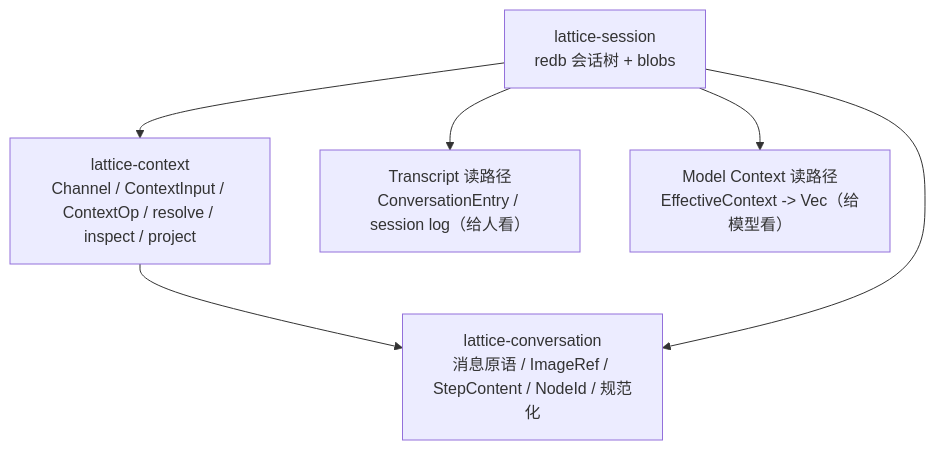
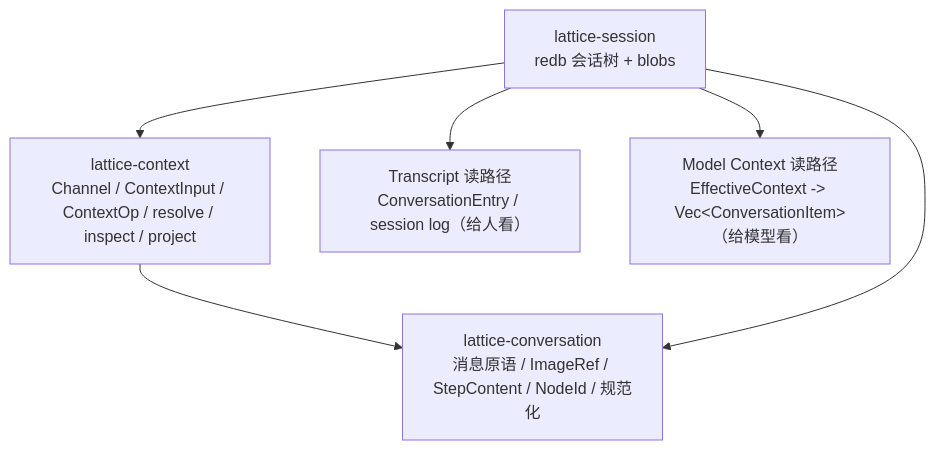
Before and after one commit to Skyline10124/lattice: the diagram in docs/adr/0014-model-context-domain.md, drawn with Mermaid. The commit also changed other lines of this file and 5 other files, not shown here.

````diff
--- a/docs/adr/0014-model-context-domain.md
+++ b/docs/adr/0014-model-context-domain.md
@@ -57,14 +57,14 @@
 ```mermaid
 flowchart TB
-    CONV["lattice-conversation\n消息原语 / ImageRef / StepContent / NodeId / 规范化"]
-    CTX["lattice-context\nChannel / ContextInput / ContextOp / resolve / inspect / project"]
-    SESS["lattice-session\nredb 会话树 + blobs"]
-    TRANS["Transcript 读路径\nConversationEntry / session log（给人看）"]
-    MODEL["Model Context 读路径\nEffectiveContext -> Vec<ConversationItem>（给模型看）"]
+    CONV["lattice-conversation<br/>消息原语 / ImageRef / StepContent / NodeId / 规范化"]
+    CTX["lattice-context<br/>Channel / ContextInput / ContextOp / resolve / inspect / project"]
+    SESS["lattice-session<br/>redb 会话树 + blobs"]
+    TRANS["Transcript 读路径<br/>ConversationEntry / session log（给人看）"]
+    MODEL["Model Context 读路径<br/>EffectiveContext -> Vec&lt;ConversationItem&gt;（给模型看）"]
 
     CTX --> CONV
     SESS --> CTX
     SESS --> CONV
     SESS --> TRANS
     SESS --> MODEL
 ```
````
